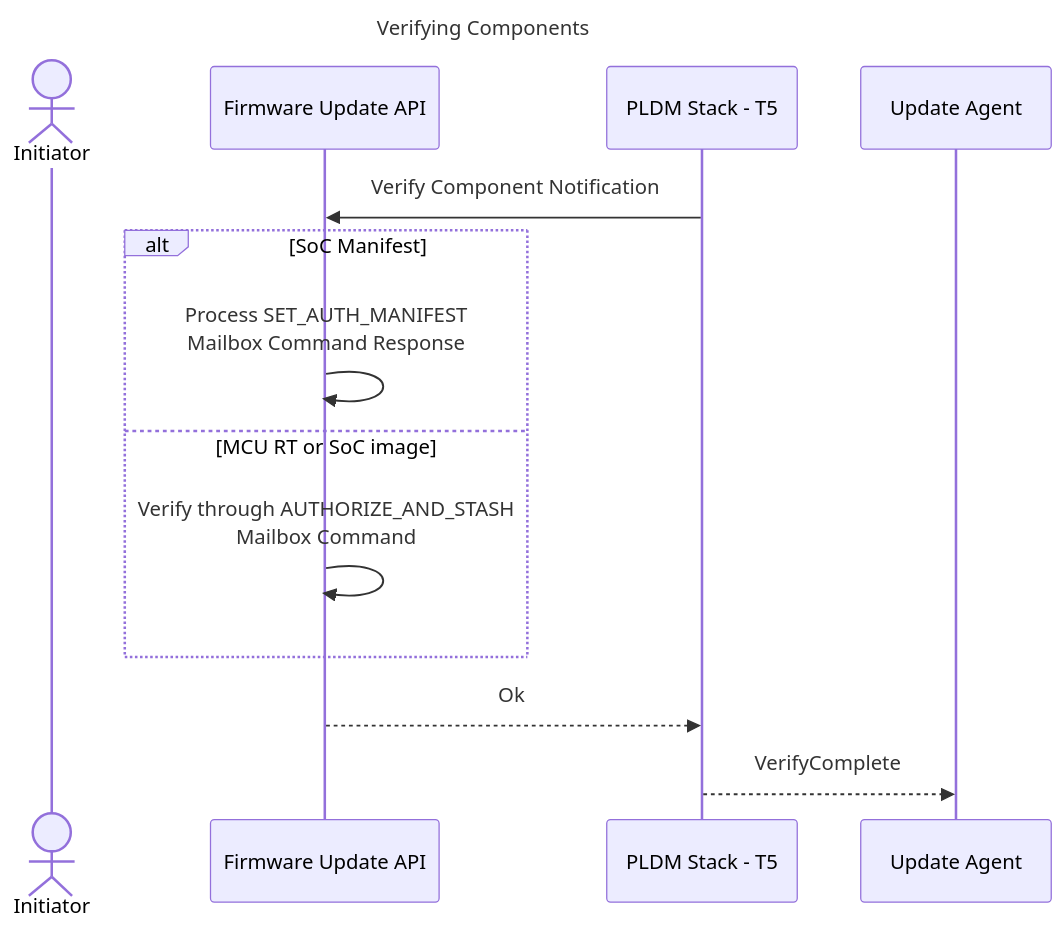
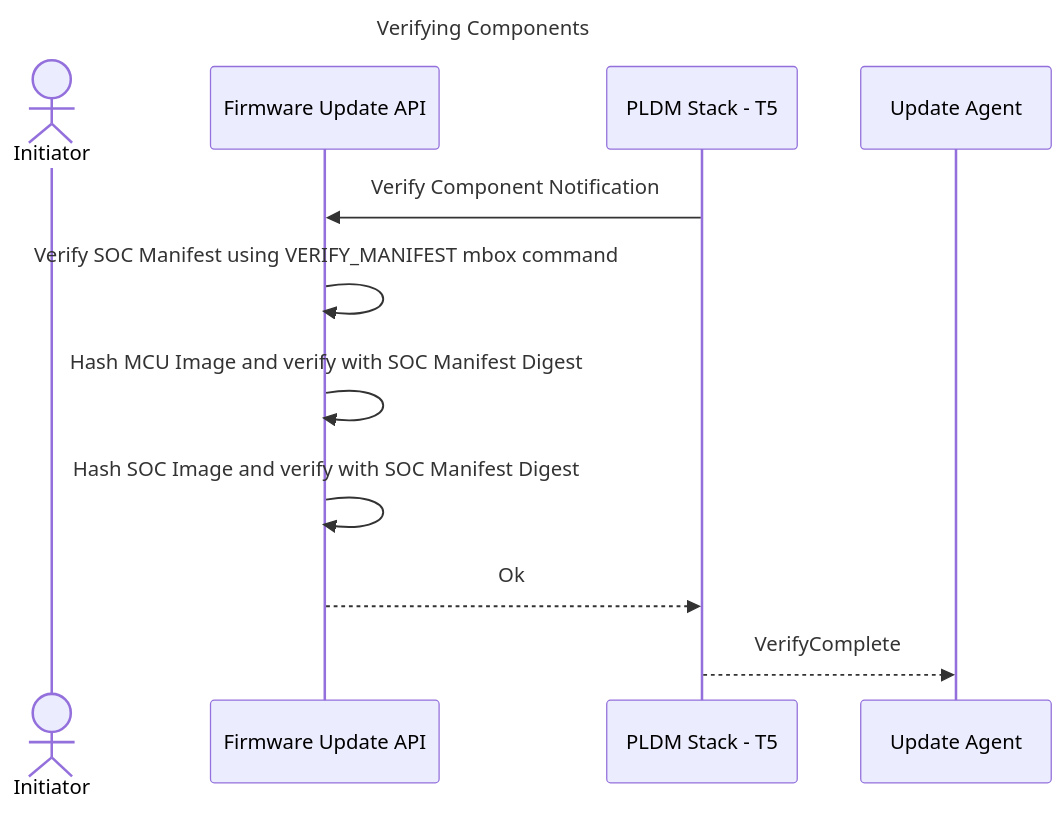
Before and after one commit to chipsalliance/caliptra-mcu-sw: the seventh of 9 diagrams in docs/src/firmware_update.md, drawn with Mermaid. The commit also changed other lines of this file, not shown here.

````diff
--- a/docs/src/firmware_update.md
+++ b/docs/src/firmware_update.md
@@ -148,20 +132,18 @@
 ```mermaid
 sequenceDiagram
     title Verifying Components
 
     actor App as Initiator
     participant API as Firmware Update API
     participant Firmware as PLDM Stack - T5
     participant PLDM as Update Agent
 
     Firmware->>API: Verify Component Notification
 
-    alt SoC Manifest
-        API->>API: Process SET_AUTH_MANIFEST<br/> Mailbox Command Response
-    else MCU RT or SoC image
-        API->>API: Verify through AUTHORIZE_AND_STASH<br/>Mailbox Command
-    end
+    API->>API: Verify SOC Manifest using VERIFY_MANIFEST mbox command
+    API->>API: Hash MCU Image and verify with SOC Manifest Digest
+    API->>API: Hash SOC Image and verify with SOC Manifest Digest
 
     API-->>Firmware: Ok
     Firmware-->>PLDM: VerifyComplete
 ```
````
